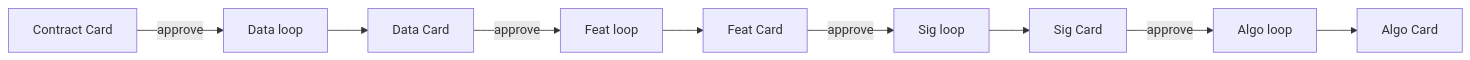
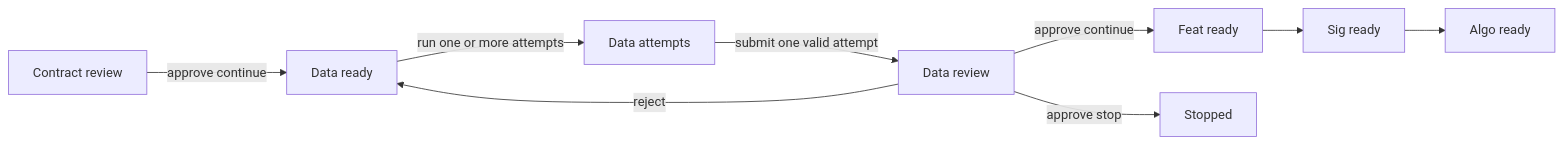
The first of 2 diagrams in docs/design.md (alva-ai/research-ci), drawn with Mermaid before and after one commit. The commit also changed other lines of this file and 10 other files, not shown here.

First line of the commit message:
feat(workflow): enforce agent attempts and review gates - #27

````diff
--- a/docs/design.md
+++ b/docs/design.md
@@ -188,11 +188,11 @@
 ```mermaid
 flowchart LR
-    C[Contract Card] -->|approve| D[Data loop]
-    D --> DC[Data Card]
-    DC -->|approve| F[Feat loop]
-    F --> FC[Feat Card]
-    FC -->|approve| S[Sig loop]
-    S --> SC[Sig Card]
-    SC -->|approve| A[Algo loop]
-    A --> AC[Algo Card]
+    C[Contract review] -->|approve continue| D[Data ready]
+    D -->|run one or more attempts| DA[Data attempts]
+    DA -->|submit one valid attempt| DC[Data review]
+    DC -->|reject| D
+    DC -->|approve continue| F[Feat ready]
+    DC -->|approve stop| X[Stopped]
+    F --> S[Sig ready]
+    S --> A[Algo ready]
 ```
````
